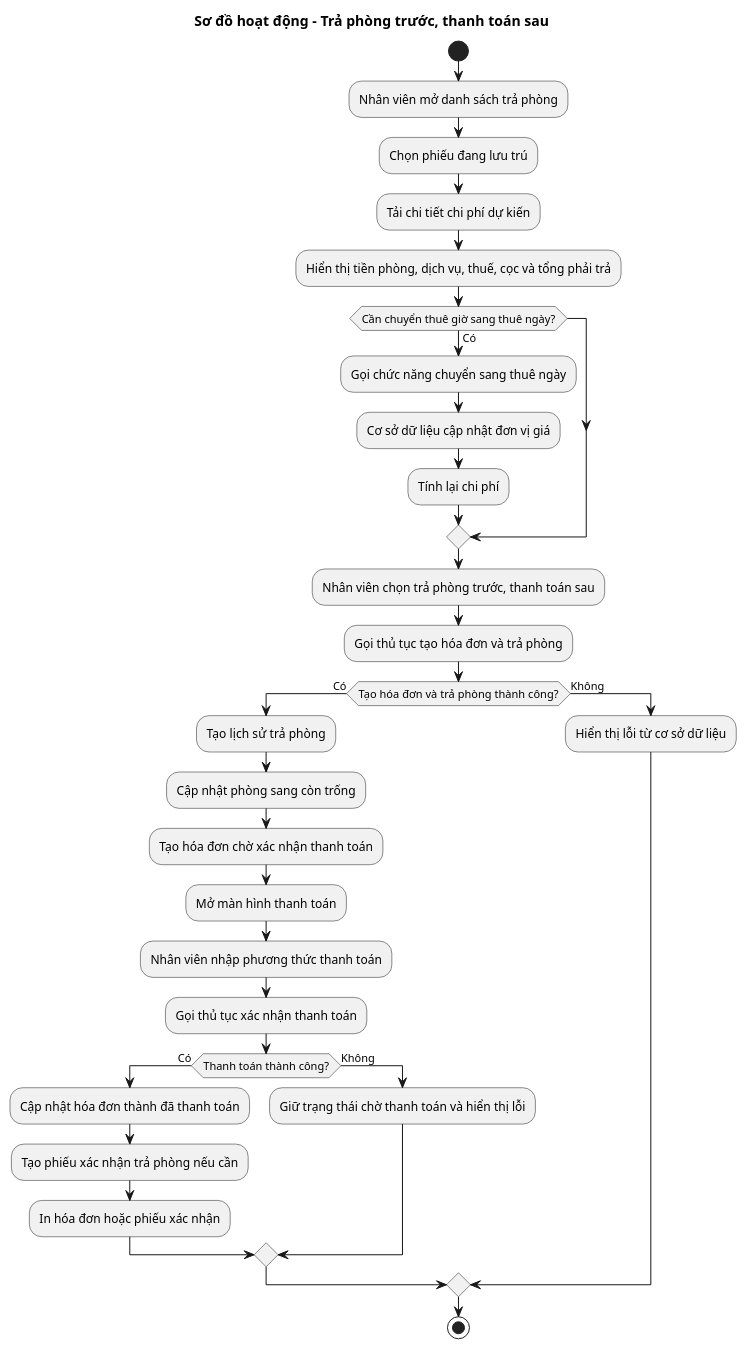
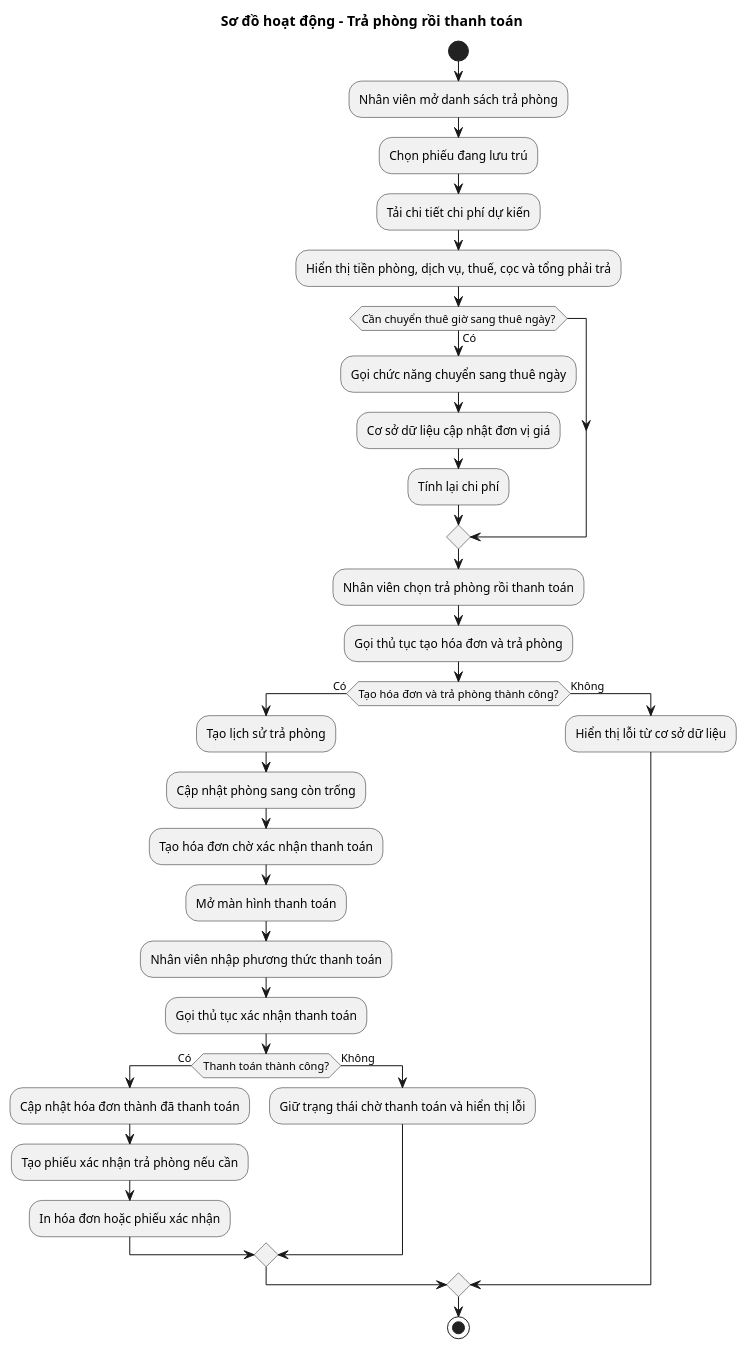
The diagram in docs/uml/plantuml/activity/Activity_CheckOut_CheckoutThenPay.puml (hieud3663/UHotel), drawn with PlantUML before and after one commit. The commit also changed 48 other files, not shown here.

First line of the commit message:
feat(docs,ui): unify checkout flow diagrams and refresh branding visuals

```diff
--- a/docs/uml/plantuml/activity/Activity_CheckOut_CheckoutThenPay.puml
+++ b/docs/uml/plantuml/activity/Activity_CheckOut_CheckoutThenPay.puml
@@ -1,35 +1,35 @@
 @startuml Activity_CheckOut_CheckoutThenPay
 skinparam shadowing false
-title Sơ đồ hoạt động - Trả phòng trước, thanh toán sau
+title Sơ đồ hoạt động - Trả phòng rồi thanh toán
 
 start
 :Nhân viên mở danh sách trả phòng;
 :Chọn phiếu đang lưu trú;
 :Tải chi tiết chi phí dự kiến;
 :Hiển thị tiền phòng, dịch vụ, thuế, cọc và tổng phải trả;
 if (Cần chuyển thuê giờ sang thuê ngày?) then (Có)
   :Gọi chức năng chuyển sang thuê ngày;
   :Cơ sở dữ liệu cập nhật đơn vị giá;
   :Tính lại chi phí;
 endif
-:Nhân viên chọn trả phòng trước, thanh toán sau;
+:Nhân viên chọn trả phòng rồi thanh toán;
 :Gọi thủ tục tạo hóa đơn và trả phòng;
 if (Tạo hóa đơn và trả phòng thành công?) then (Có)
   :Tạo lịch sử trả phòng;
   :Cập nhật phòng sang còn trống;
   :Tạo hóa đơn chờ xác nhận thanh toán;
   :Mở màn hình thanh toán;
   :Nhân viên nhập phương thức thanh toán;
   :Gọi thủ tục xác nhận thanh toán;
   if (Thanh toán thành công?) then (Có)
     :Cập nhật hóa đơn thành đã thanh toán;
     :Tạo phiếu xác nhận trả phòng nếu cần;
     :In hóa đơn hoặc phiếu xác nhận;
   else (Không)
     :Giữ trạng thái chờ thanh toán và hiển thị lỗi;
   endif
 else (Không)
   :Hiển thị lỗi từ cơ sở dữ liệu;
 endif
 stop
 @enduml
```
